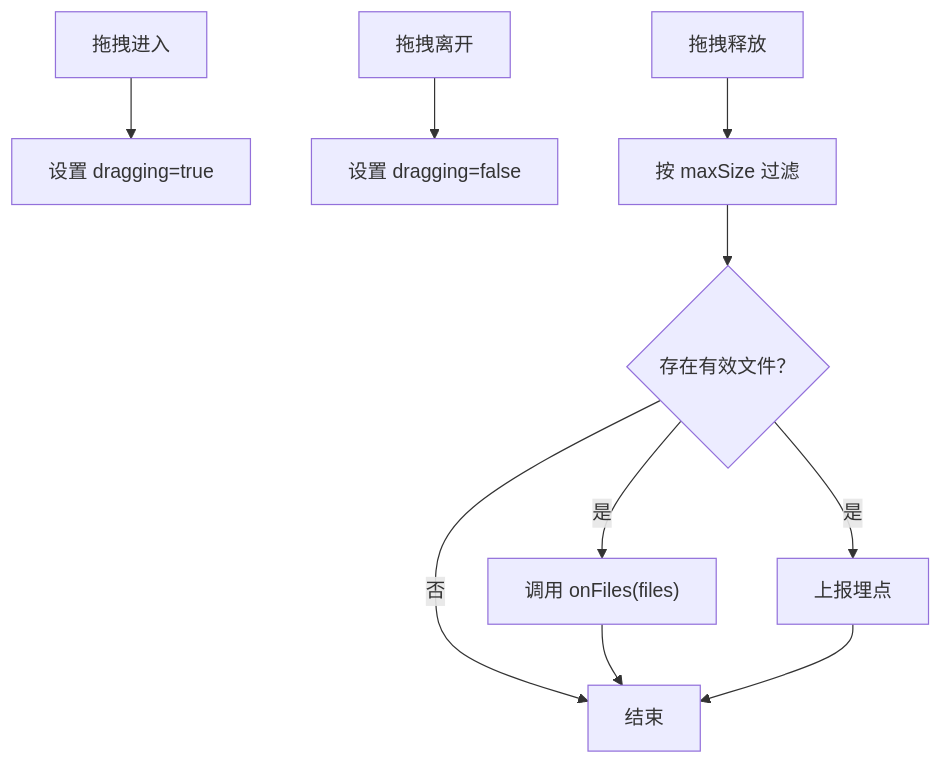
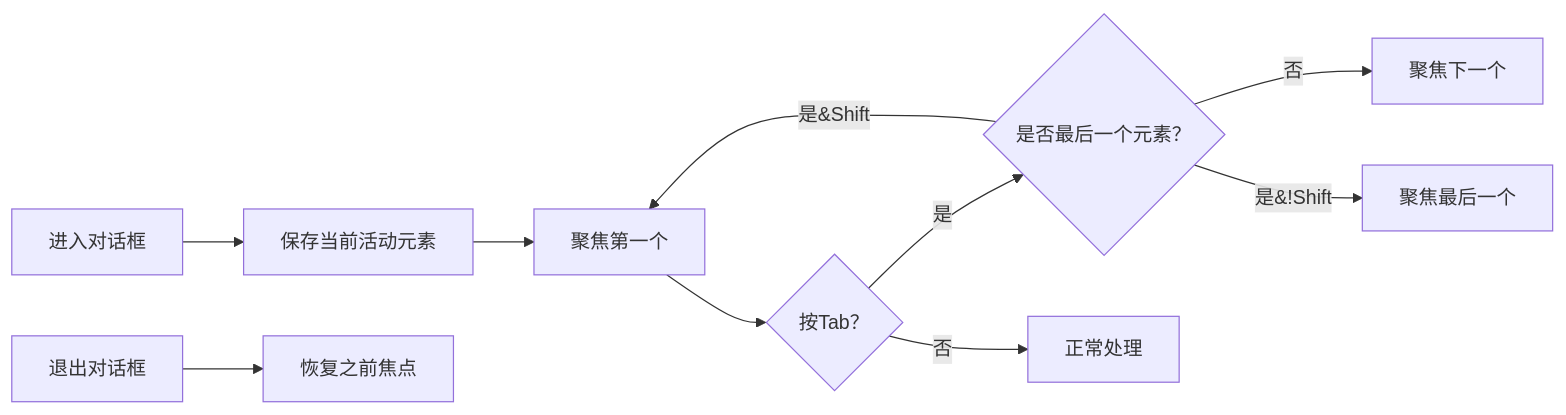
Before and after one commit to sgyy/privadeck: the fifth of 6 diagrams in .qoder/repowiki/zh/content/UI组件系统/UI组件系统.md, drawn with Mermaid. The commit also changed other lines of this file and 6 other files, not shown here.

````diff
--- a/.qoder/repowiki/zh/content/UI组件系统/UI组件系统.md
+++ b/.qoder/repowiki/zh/content/UI组件系统/UI组件系统.md
@@ -287,12 +458,12 @@
 ```mermaid
-flowchart TD
-Enter["拖拽进入"] --> SetDrag["设置 dragging=true"]
-Leave["拖拽离开"] --> ResetDrag["设置 dragging=false"]
-Drop["拖拽释放"] --> Filter["按 maxSize 过滤"]
-Filter --> HasFiles{"存在有效文件？"}
-HasFiles --> |是| CallOnFiles["调用 onFiles(files)"]
-HasFiles --> |是| Track["上报埋点"]
-HasFiles --> |否| End["结束"]
-CallOnFiles --> End
-Track --> End
+flowchart LR
+Enter["进入对话框"] --> Save["保存当前活动元素"]
+Save --> FocusFirst["聚焦第一个可聚焦元素"]
+FocusFirst --> TabPress{"按Tab？"}
+TabPress --> |是| CheckLast{"是否最后一个元素？"}
+TabPress --> |否| Normal["正常处理"]
+CheckLast --> |是&Shift| FocusFirst["聚焦第一个"]
+CheckLast --> |否| FocusNext["聚焦下一个"]
+CheckLast --> |是&!Shift| FocusLast["聚焦最后一个"]
+Exit["退出对话框"] --> Restore["恢复之前焦点"]
 ```
````
